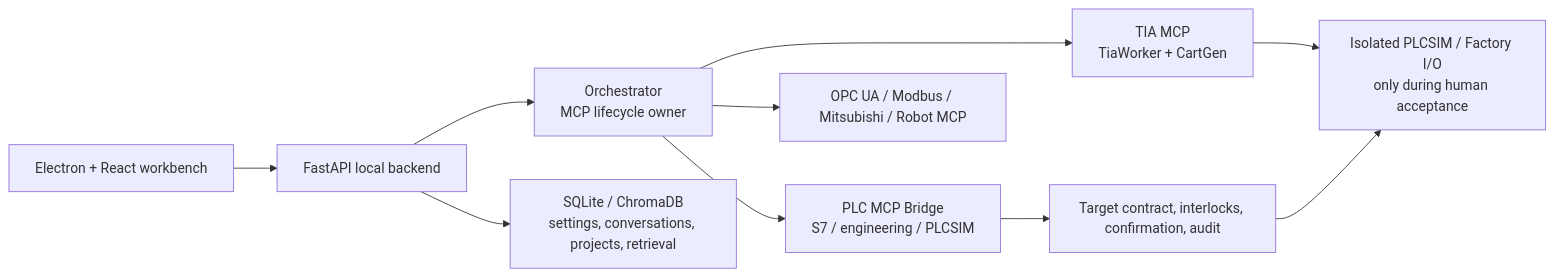
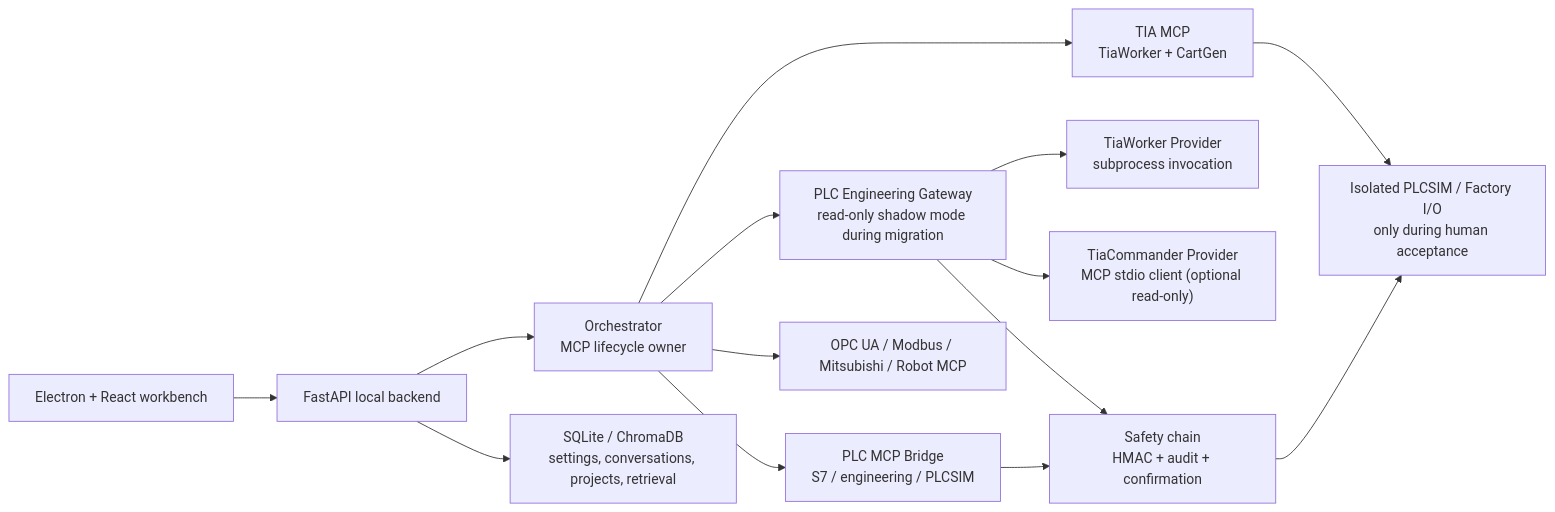
One commit to yihefeikong-rgb/ai-plc-integration-public changed the diagram in README_EN.md. Above: the diagram before and after it, drawn with Mermaid. The commit also changed other lines of this file and 3 other files, not shown here.

First line of the commit message:
docs: 收口本轮安全修复 — README 双版同步测试基线与架构图，pytest 排除集补动态标记

````diff
--- a/README_EN.md
+++ b/README_EN.md
@@ -75,12 +75,16 @@
 ```mermaid
 flowchart LR
     UI["Electron + React workbench"] --> API["FastAPI local backend"]
     API --> ORCH["Orchestrator\nMCP lifecycle owner"]
     API --> DATA["SQLite / ChromaDB\nsettings, conversations, projects, retrieval"]
+    ORCH --> GW["PLC Engineering Gateway\nread-only shadow mode during migration"]
     ORCH --> TIA["TIA MCP\nTiaWorker + CartGen"]
     ORCH --> PLC["PLC MCP Bridge\nS7 / engineering / PLCSIM"]
     ORCH --> PROTO["OPC UA / Modbus / Mitsubishi / Robot MCP"]
+    GW --> TW["TiaWorker Provider\nsubprocess invocation"]
+    GW --> TC["TiaCommander Provider\nMCP stdio client (optional read-only)"]
+    GW --> SAFE["Safety chain\nHMAC + audit + confirmation"]
     TIA --> SIM["Isolated PLCSIM / Factory I/O\nonly during human acceptance"]
-    PLC --> SAFE["Target contract, interlocks, confirmation, audit"]
+    PLC --> SAFE
     SAFE --> SIM
 ```
````
